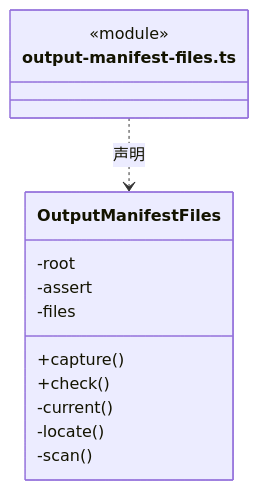
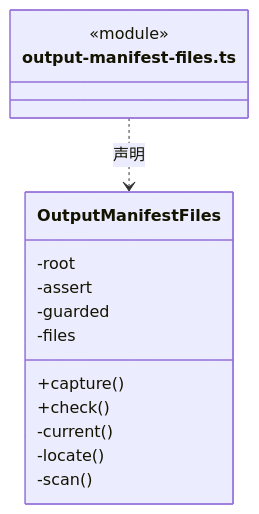
Before and after one commit to nan023062/cbim: diagram 20 of 30 in src/backend/main/platform/ARCHITECTURE.md, drawn with Mermaid. The commit also changed other lines of this file and 58 other files, not shown here.

````diff
--- a/src/backend/main/platform/ARCHITECTURE.md
+++ b/src/backend/main/platform/ARCHITECTURE.md
@@ -474,17 +479,18 @@
 ```mermaid
 classDiagram
 class N_src_backend_main_platform_output_manifest_files_ts["output-manifest-files.ts"] {
   <<module>>
 }
 class N_src_backend_main_platform_output_manifest_files_ts_OutputManifestFiles["OutputManifestFiles"] {
   +capture()
   +check()
   -root
   -assert
+  -guarded
   -files
   -current()
   -locate()
   -scan()
 }
 N_src_backend_main_platform_output_manifest_files_ts ..> N_src_backend_main_platform_output_manifest_files_ts_OutputManifestFiles : 声明
 ```
````
